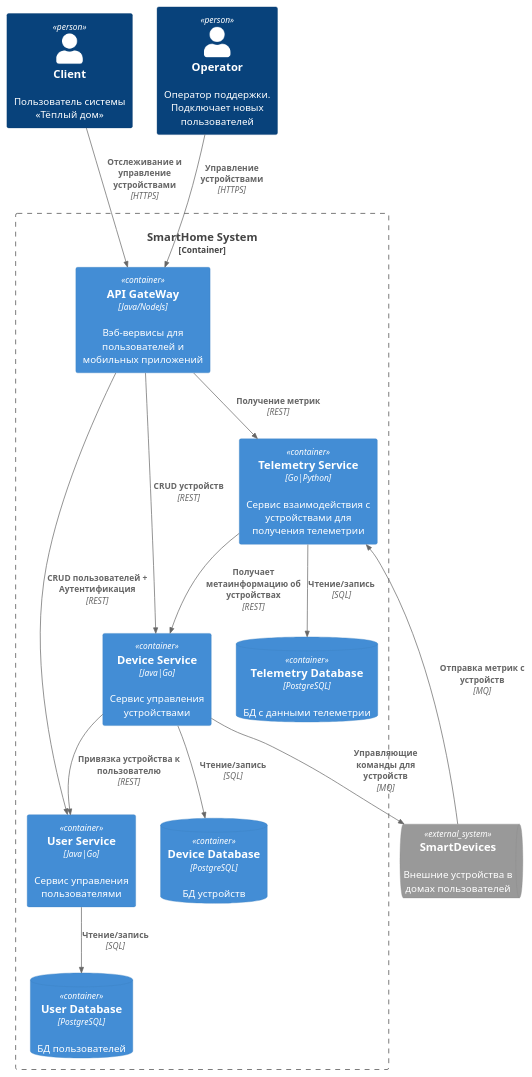
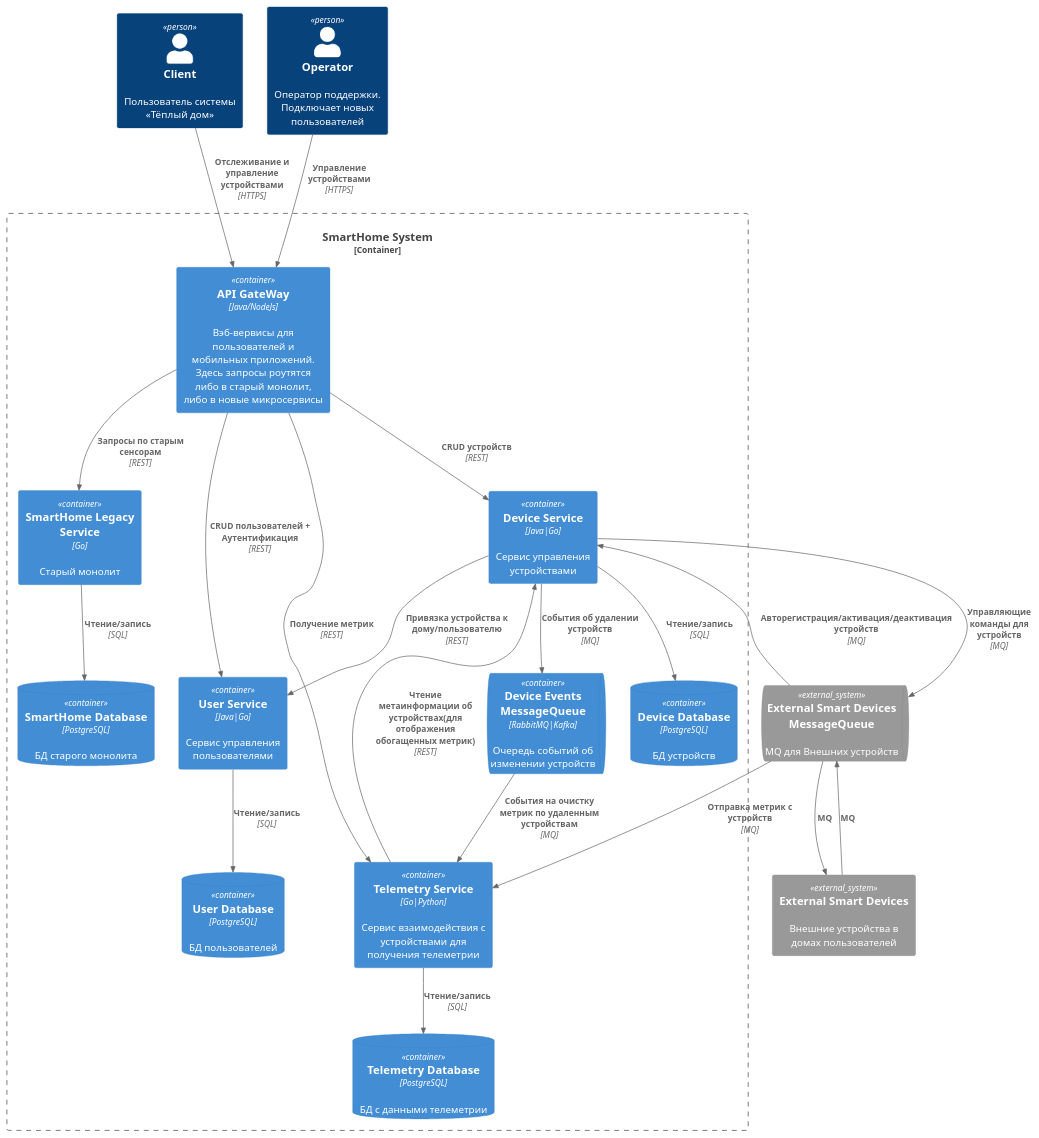
Before and after one commit to Yandex-Practicum/architecture-pro-warmhouse: the diagram in schemas/C4_container.puml, drawn with PlantUML. The commit also changed 2 other files, not shown here.

```diff
--- a/schemas/C4_container.puml
+++ b/schemas/C4_container.puml
@@ -1,36 +1,49 @@
 @startuml
 !include https://raw.githubusercontent.com/plantuml-stdlib/C4-PlantUML/master/C4_Container.puml
 
 Person(client, "Client", "Пользователь системы «Тёплый дом»")
 Person(operator, "Operator", "Оператор поддержки. Подключает новых пользователей")
 
 Container_Boundary(smartHomeSystem, "SmartHome System") {
-    Container(apiGW, "API GateWay", "Java/NodeJs", "Вэб-вервисы для пользователей и мобильных приложений")
+    Container(apiGW, "API GateWay", "Java/NodeJs", "Вэб-вервисы для пользователей и мобильных приложений. Здесь запросы роутятся либо в старый монолит, либо в новые микросервисы")
+    Container(smartHomeLegacy, "SmartHome Legacy Service", "Go", "Старый монолит")
+    ContainerDb(smartHomeDatabase, "SmartHome Database", "PostgreSQL", "БД старого монолита")
     Container(userService, "User Service", "Java|Go", "Сервис управления пользователями")
     ContainerDb(userDatabase, "User Database", "PostgreSQL", "БД пользователей")
     Container(deviceService, "Device Service", "Java|Go", "Сервис управления устройствами")
     ContainerDb(deviceDatabase, "Device Database", "PostgreSQL", "БД устройств")
     Container(telemetryService, "Telemetry Service", "Go|Python", "Сервис взаимодействия с устройствами для получения телеметрии")
     ContainerDb(telemetryDatabase, "Telemetry Database", "PostgreSQL", "БД с данными телеметрии")
+    ContainerQueue(deviceEventsMq, "Device Events MessageQueue", "RabbitMQ|Kafka", "Очередь событий об изменении устройств")
 }
 
-SystemQueue_Ext(smartDevices ,"SmartDevices", "Внешние устройства в домах пользователей")
+System_Ext(smartDevices ,"External Smart Devices", "Внешние устройства в домах пользователей")
+SystemQueue_Ext(smartDevicesMq ,"External Smart Devices MessageQueue", "MQ для Внешних устройств")
 
+Rel(smartHomeLegacy, smartHomeDatabase, "Чтение/запись", "SQL")
 Rel(userService, userDatabase, "Чтение/запись" ,"SQL")
 Rel(deviceService, deviceDatabase, "Чтение/запись", "SQL")
 Rel(telemetryService, telemetryDatabase, "Чтение/запись", "SQL")
 
-Rel(telemetryService, deviceService, "Получает метаинформацию об устройствах", "REST")
-Rel(deviceService, userService, "Привязка устройства к пользователю", "REST")
+Rel(telemetryService, deviceService, "Чтение метаинформации об устройствах(для отображения обогащенных метрик)", "REST")
+Rel(deviceService, userService, "Привязка устройства к дому/пользователю", "REST")
 
 Rel(client, apiGW, "Отслеживание и управление устройствами", "HTTPS")
 Rel(operator, apiGW, "Управление устройствами", "HTTPS")
 
+Rel(apiGW, smartHomeLegacy, "Запросы по старым сенсорам", "REST")
 Rel(apiGW, userService, "CRUD пользователей + Аутентификация", "REST")
 Rel(apiGW, deviceService, "CRUD устройств", "REST")
 Rel(apiGW, telemetryService, "Получение метрик", "REST")
 
-Rel(deviceService, smartDevices, "Управляющие команды для устройств", "MQ")
-Rel(smartDevices, telemetryService, "Отправка метрик с устройств","MQ")
+Rel(deviceService, deviceEventsMq, "События об удалении устройств", "MQ")
+Rel(deviceEventsMq, telemetryService, "События на очистку метрик по удаленным устройствам", "MQ")
+
+Rel(deviceService, smartDevicesMq, "Управляющие команды для устройств", "MQ")
+Rel(smartDevicesMq, deviceService, "Авторегистрация/активация/деактивация устройств","MQ")
+Rel(smartDevicesMq, telemetryService, "Отправка метрик с устройств","MQ")
+
+Rel(smartDevices, smartDevicesMq, "MQ")
+Rel(smartDevicesMq, smartDevices, "MQ")
 
 @enduml
```
